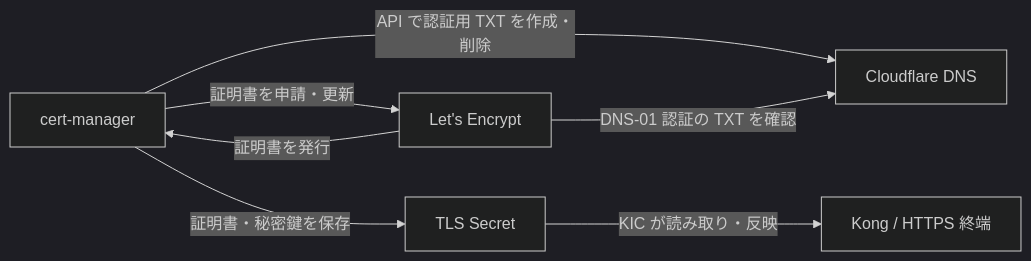
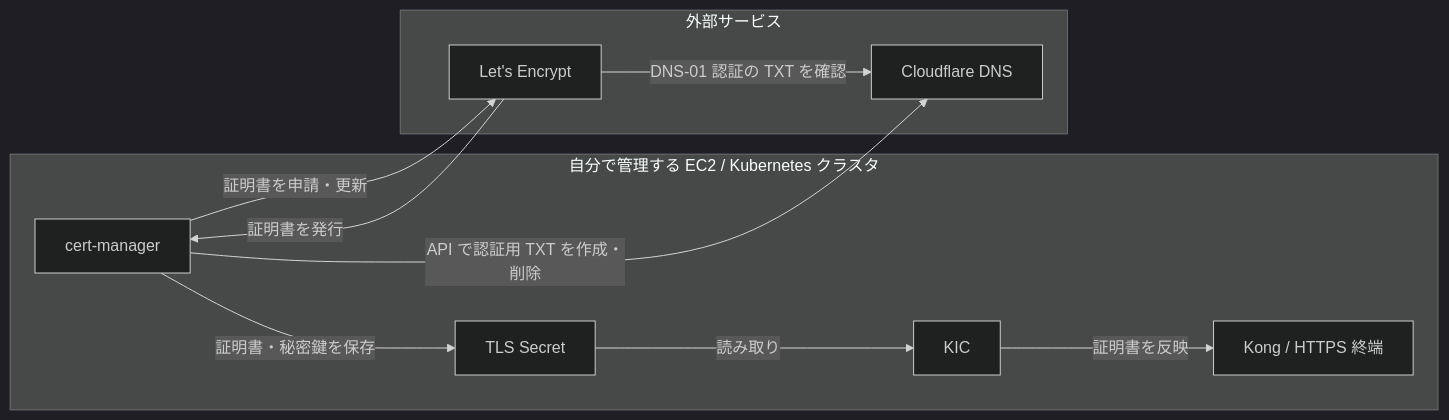
Before and after one commit to sasano8/infra-kubernetes: the second of 2 diagrams in README.md, drawn with Mermaid (dark theme). The commit also changed other lines of this file, not shown here.

Commit message:
Show Kubernetes and ownership boundaries in architecture diagrams

````diff
--- a/README.md
+++ b/README.md
@@ -24,9 +34,20 @@
 ```mermaid
 flowchart LR
-    CM[cert-manager] -->|API で認証用 TXT を作成・削除| CF[Cloudflare DNS]
-    CM -->|証明書を申請・更新| LE[Let's Encrypt]
-    LE -->|DNS-01 認証の TXT を確認| CF
+    subgraph Managed[自分で管理する EC2 / Kubernetes クラスタ]
+        CM[cert-manager]
+        Secret[TLS Secret]
+        KIC[KIC]
+        Kong[Kong / HTTPS 終端]
+        CM -->|証明書・秘密鍵を保存| Secret
+        Secret -->|読み取り| KIC
+        KIC -->|証明書を反映| Kong
+    end
+    subgraph External[外部サービス]
+        CF[Cloudflare DNS]
+        LE[Let's Encrypt]
+        LE -->|DNS-01 認証の TXT を確認| CF
+    end
+    CM -->|API で認証用 TXT を作成・削除| CF
+    CM -->|証明書を申請・更新| LE
     LE -->|証明書を発行| CM
-    CM -->|証明書・秘密鍵を保存| Secret[TLS Secret]
-    Secret -->|KIC が読み取り・反映| Kong[Kong / HTTPS 終端]
 ```
````
